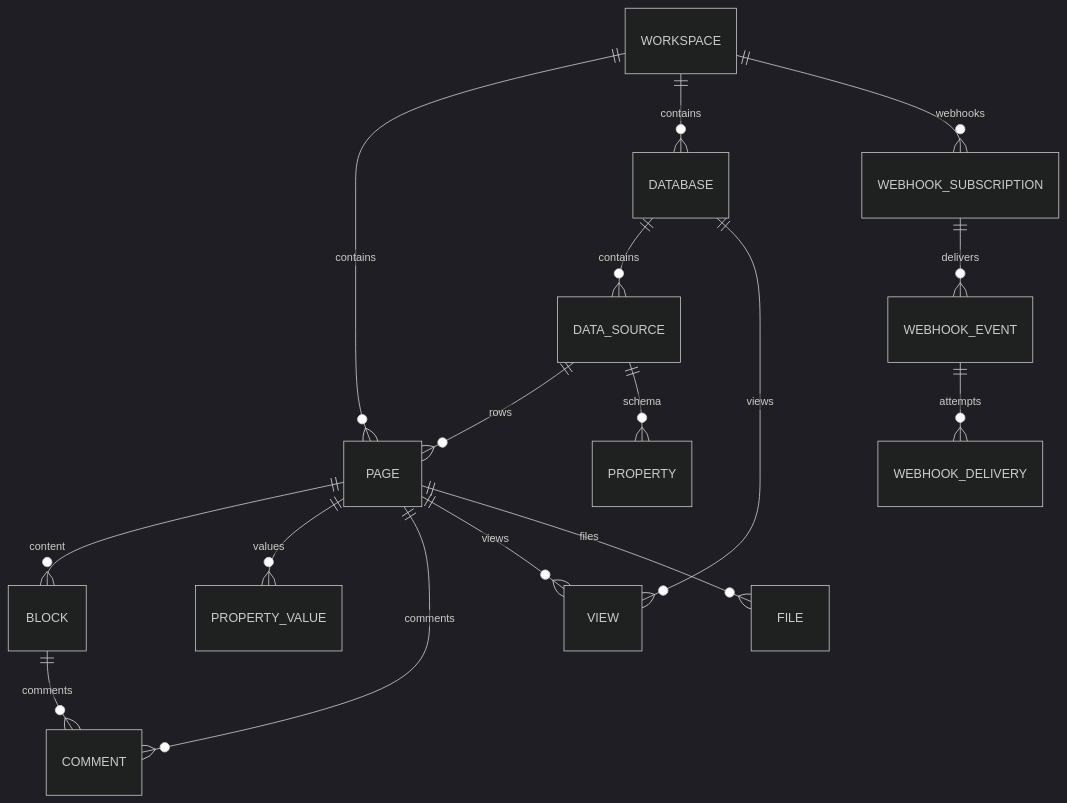
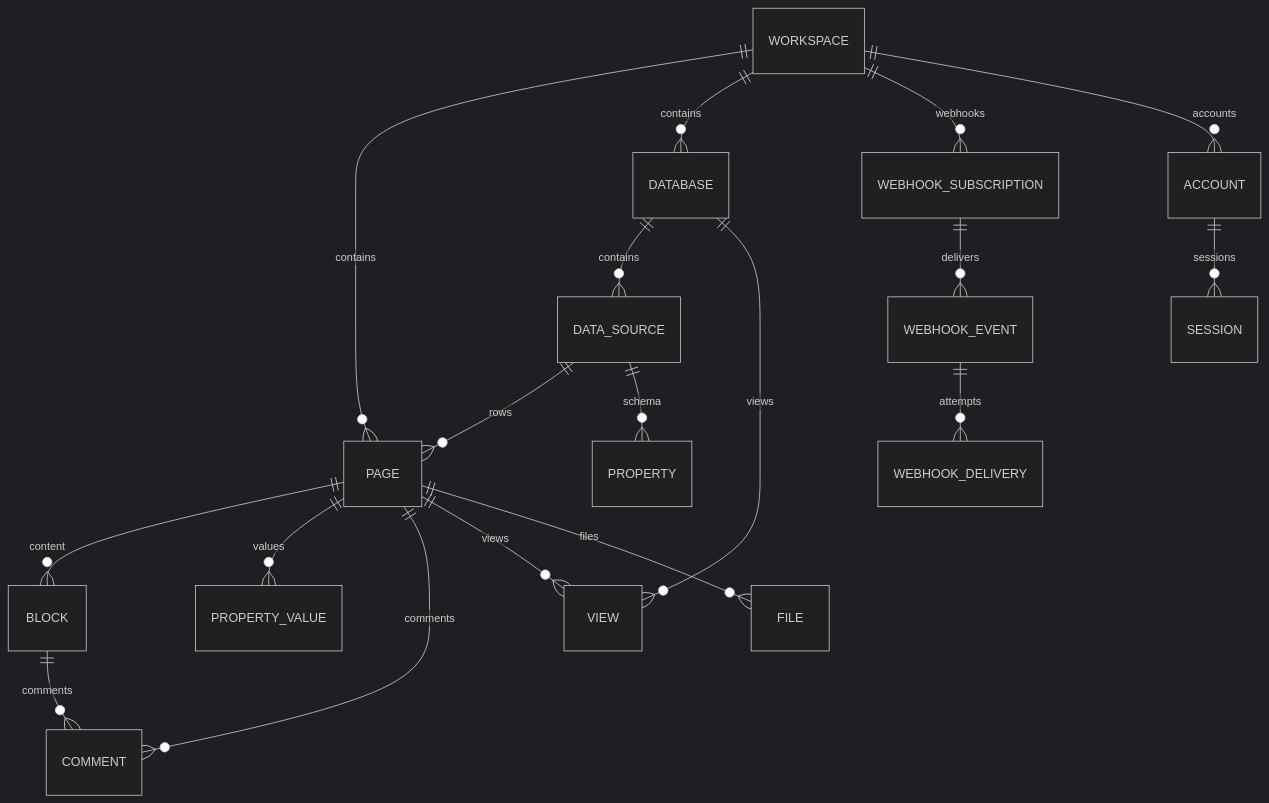
The fifth of 5 diagrams in docs/data-model.md (lunagcezar/ion-of-notes), drawn with Mermaid (dark theme) before and after one commit. The commit also changed other lines of this file and 29 other files, not shown here.

````diff
--- a/docs/data-model.md
+++ b/docs/data-model.md
@@ -254,18 +254,20 @@
 ```mermaid
 erDiagram
     WORKSPACE ||--o{ PAGE : contains
     WORKSPACE ||--o{ DATABASE : contains
     DATABASE ||--o{ DATA_SOURCE : contains
     DATA_SOURCE ||--o{ PAGE : rows
     DATA_SOURCE ||--o{ PROPERTY : schema
     PAGE ||--o{ BLOCK : content
     PAGE ||--o{ PROPERTY_VALUE : values
     PAGE ||--o{ COMMENT : comments
     BLOCK ||--o{ COMMENT : comments
     PAGE ||--o{ VIEW : views
     DATABASE ||--o{ VIEW : views
     PAGE ||--o{ FILE : files
     WORKSPACE ||--o{ WEBHOOK_SUBSCRIPTION : webhooks
     WEBHOOK_SUBSCRIPTION ||--o{ WEBHOOK_EVENT : delivers
     WEBHOOK_EVENT ||--o{ WEBHOOK_DELIVERY : attempts
+    WORKSPACE ||--o{ ACCOUNT : accounts
+    ACCOUNT ||--o{ SESSION : sessions
 ```
````
